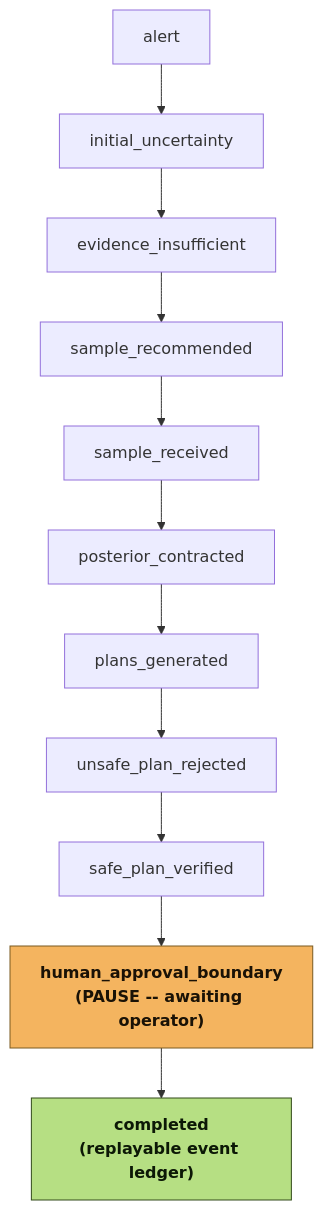
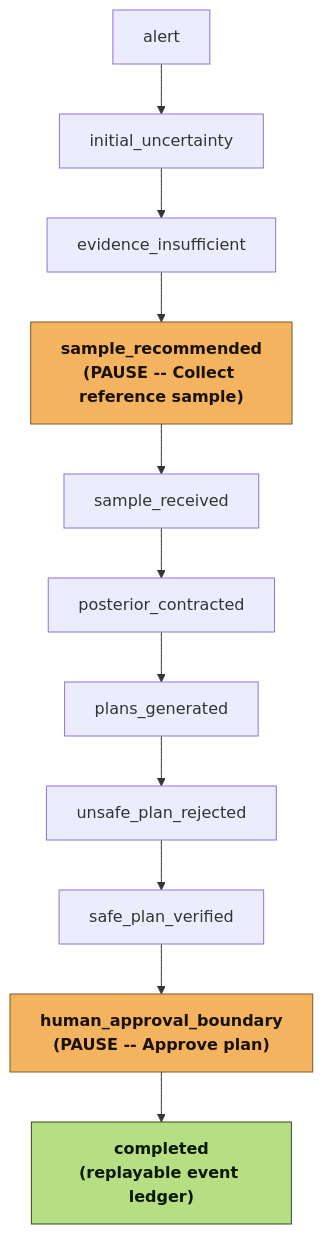
One commit to insightlabs38-pixel/HydroSwarm changed the diagram in docs/REFERENCE_DEMO.md. Above: the diagram before and after it, drawn with Mermaid. The commit also changed other lines of this file and 11 other files, not shown here.

````diff
--- a/docs/REFERENCE_DEMO.md
+++ b/docs/REFERENCE_DEMO.md
@@ -27,18 +27,18 @@
 ```mermaid
 flowchart TD
   M0["alert"] --> M1["initial_uncertainty"]
   M1 --> M2["evidence_insufficient"]
-  M2 --> M3["sample_recommended"]
+  M2 --> M3["sample_recommended\n(PAUSE -- Collect reference sample)"]
   M3 --> M4["sample_received"]
   M4 --> M5["posterior_contracted"]
   M5 --> M6["plans_generated"]
   M6 --> M7["unsafe_plan_rejected"]
   M7 --> M8["safe_plan_verified"]
-  M8 --> M9["human_approval_boundary\n(PAUSE -- awaiting operator)"]
+  M8 --> M9["human_approval_boundary\n(PAUSE -- Approve plan)"]
   M9 --> M10["completed\n(replayable event ledger)"]
 
   classDef pause fill:#f4b45f,stroke:#7a5a20,color:#1a1206,font-weight:bold;
   classDef done fill:#b6df83,stroke:#324a1a,color:#0c1806,font-weight:bold;
-  class M9 pause;
+  class M3,M9 pause;
   class M10 done;
 ```
````
